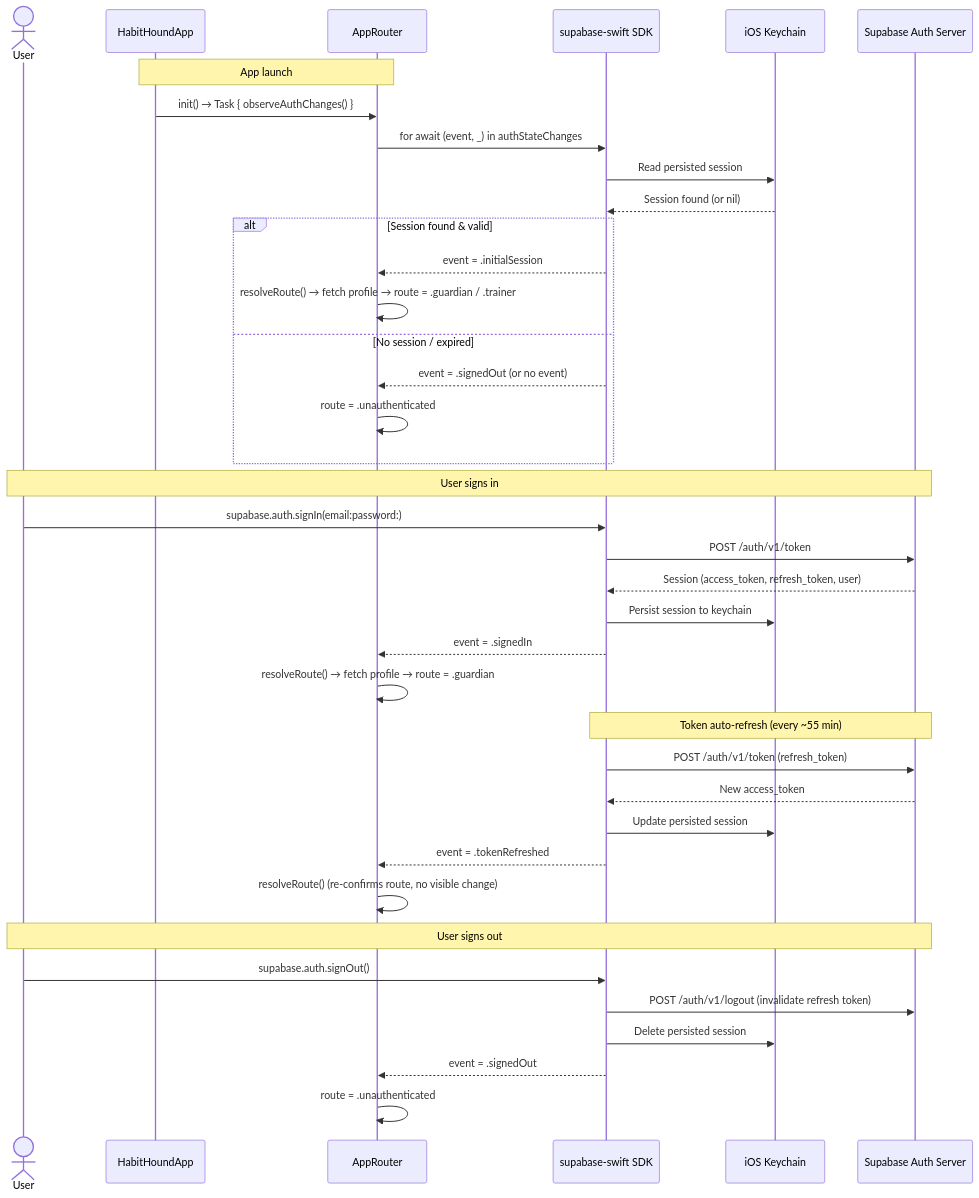
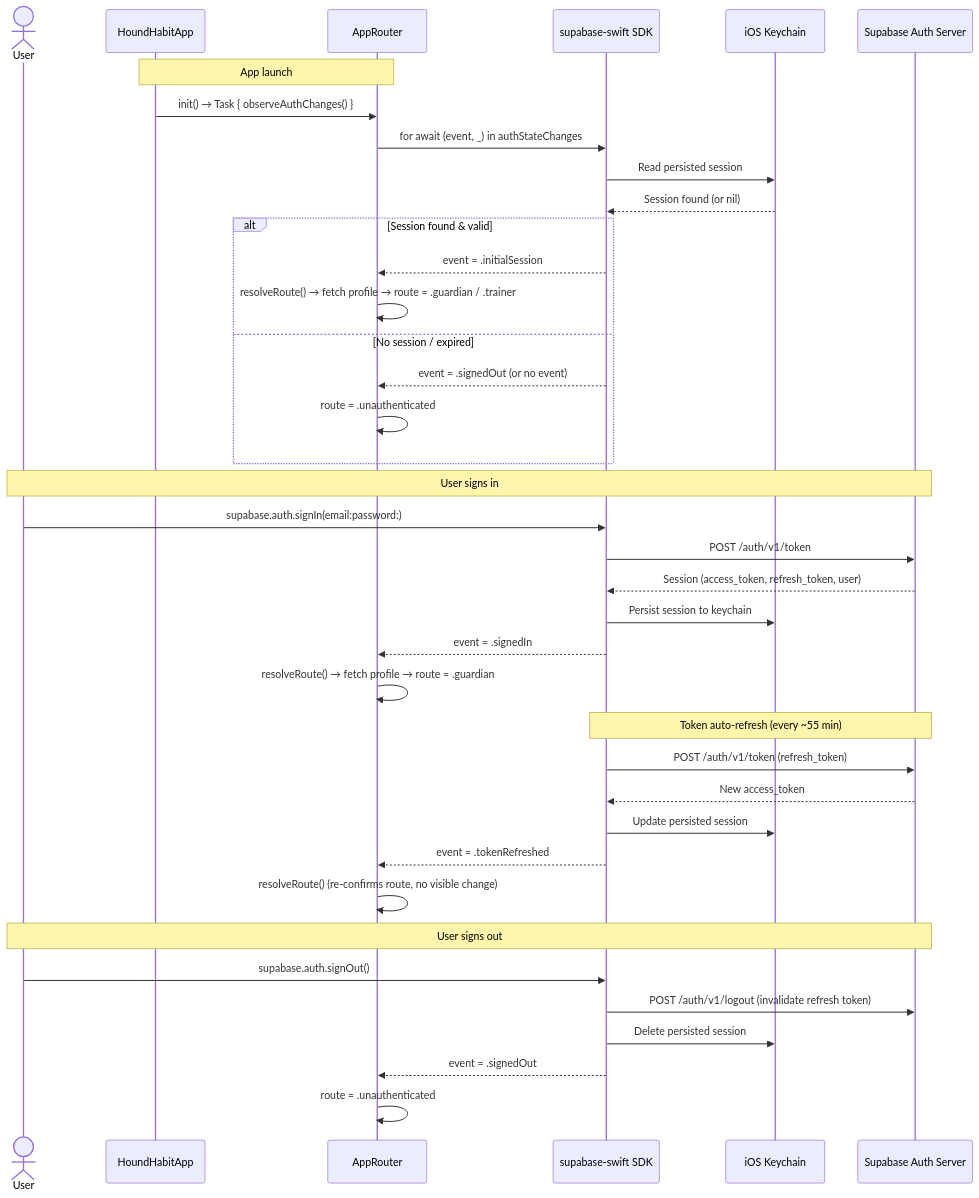
Before and after one commit to markculley/HoundHabit: the diagram in docs/use_cases/session_state.md, drawn with Mermaid. The commit also changed other lines of this file and 135 other files, not shown here.

Commit message:
renamed to HoundHabit

````diff
--- a/docs/use_cases/session_state.md
+++ b/docs/use_cases/session_state.md
@@ -60,45 +60,45 @@
 ```mermaid
 sequenceDiagram
     actor U as User
-    participant APP as HabitHoundApp
+    participant APP as HoundHabitApp
     participant AR as AppRouter
     participant SDK as supabase-swift SDK
     participant KCH as iOS Keychain
     participant SVR as Supabase Auth Server
 
     Note over APP,AR: App launch
     APP->>AR: init() → Task { observeAuthChanges() }
     AR->>SDK: for await (event, _) in authStateChanges
     SDK->>KCH: Read persisted session
     KCH-->>SDK: Session found (or nil)
 
     alt Session found & valid
         SDK-->>AR: event = .initialSession
         AR->>AR: resolveRoute() → fetch profile → route = .guardian / .trainer
     else No session / expired
         SDK-->>AR: event = .signedOut (or no event)
         AR->>AR: route = .unauthenticated
     end
 
     Note over U,SVR: User signs in
     U->>SDK: supabase.auth.signIn(email:password:)
     SDK->>SVR: POST /auth/v1/token
     SVR-->>SDK: Session (access_token, refresh_token, user)
     SDK->>KCH: Persist session to keychain
     SDK-->>AR: event = .signedIn
     AR->>AR: resolveRoute() → fetch profile → route = .guardian
 
     Note over SDK,SVR: Token auto-refresh (every ~55 min)
     SDK->>SVR: POST /auth/v1/token (refresh_token)
     SVR-->>SDK: New access_token
     SDK->>KCH: Update persisted session
     SDK-->>AR: event = .tokenRefreshed
     AR->>AR: resolveRoute() (re-confirms route, no visible change)
 
     Note over U,SVR: User signs out
     U->>SDK: supabase.auth.signOut()
     SDK->>SVR: POST /auth/v1/logout (invalidate refresh token)
     SDK->>KCH: Delete persisted session
     SDK-->>AR: event = .signedOut
     AR->>AR: route = .unauthenticated
 ```
````
